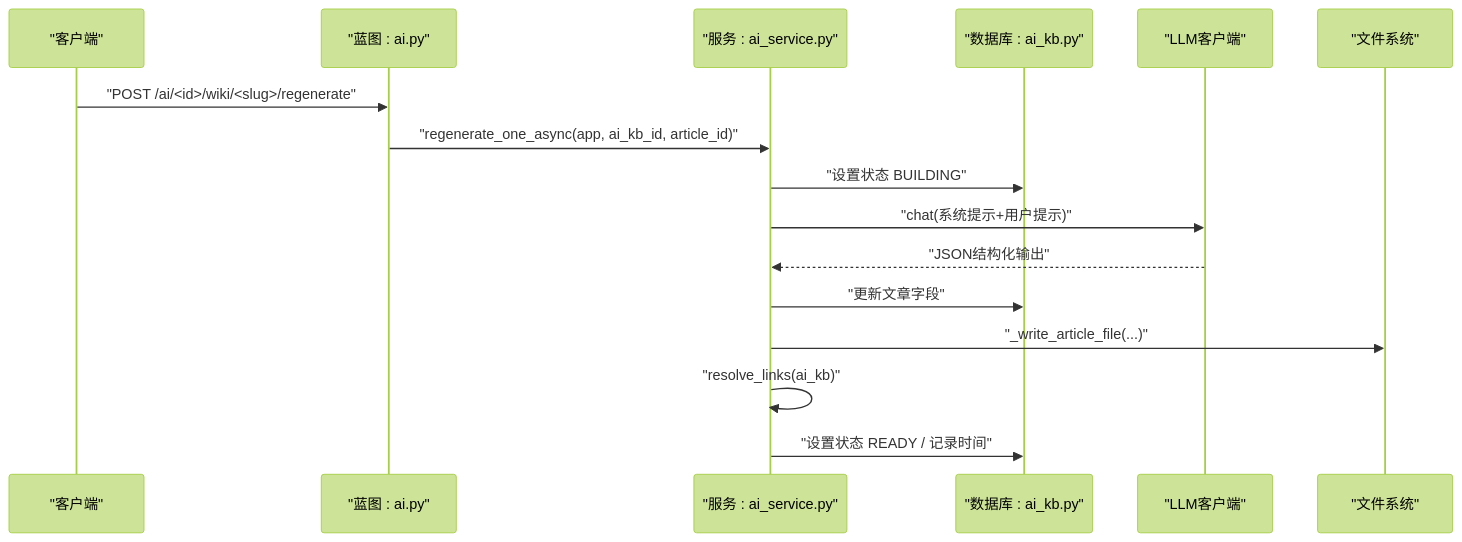
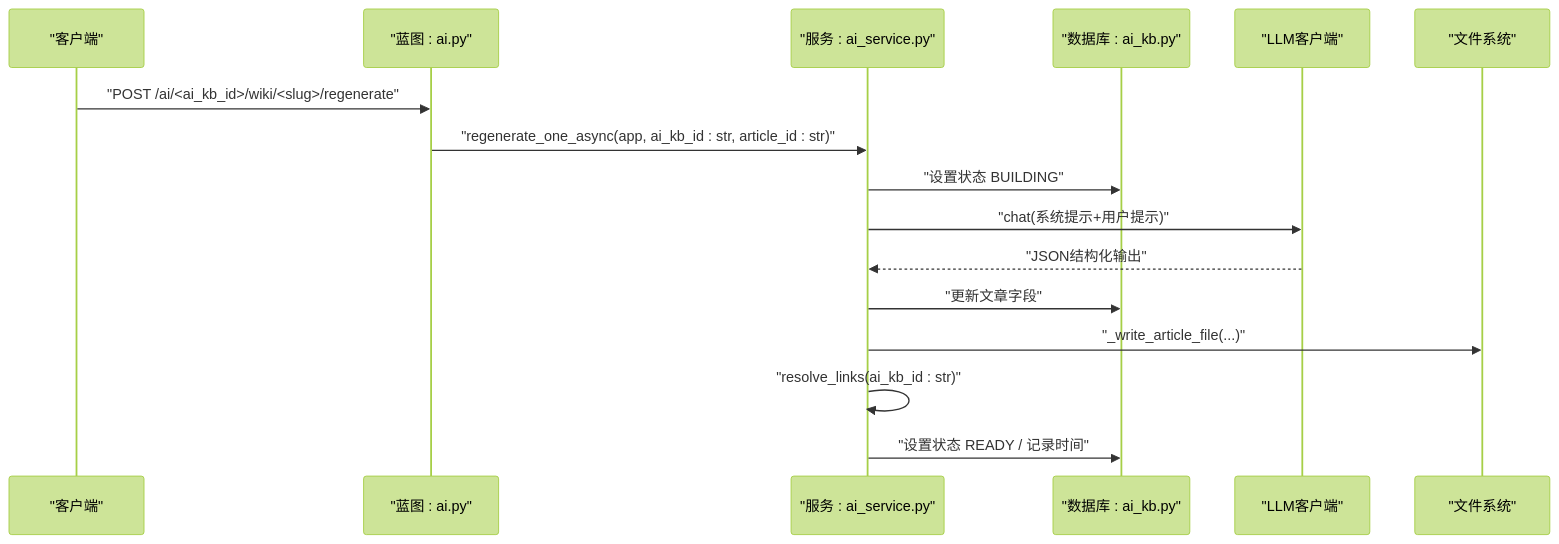
The eighth of 11 diagrams in .qoder/repowiki/zh/content/核心模块/AI知识库模块/AI知识库服务层.md (beyondalbert/my_wiki), drawn with Mermaid (forest theme) before and after one commit. The commit also changed other lines of this file and 21 other files, not shown here.

````diff
--- a/.qoder/repowiki/zh/content/核心模块/AI知识库模块/AI知识库服务层.md
+++ b/.qoder/repowiki/zh/content/核心模块/AI知识库模块/AI知识库服务层.md
@@ -295,18 +307,18 @@
 ```mermaid
 sequenceDiagram
 participant Client as "客户端"
 participant BP as "蓝图 : ai.py"
 participant Svc as "服务 : ai_service.py"
 participant DB as "数据库 : ai_kb.py"
 participant LLM as "LLM客户端"
 participant FS as "文件系统"
-Client->>BP : "POST /ai/<id>/wiki/<slug>/regenerate"
-BP->>Svc : "regenerate_one_async(app, ai_kb_id, article_id)"
+Client->>BP : "POST /ai/<ai_kb_id>/wiki/<slug>/regenerate"
+BP->>Svc : "regenerate_one_async(app, ai_kb_id : str, article_id : str)"
 Svc->>DB : "设置状态 BUILDING"
 Svc->>LLM : "chat(系统提示+用户提示)"
 LLM-->>Svc : "JSON结构化输出"
 Svc->>DB : "更新文章字段"
 Svc->>FS : "_write_article_file(...)"
-Svc->>Svc : "resolve_links(ai_kb)"
+Svc->>Svc : "resolve_links(ai_kb_id : str)"
 Svc->>DB : "设置状态 READY / 记录时间"
 ```
````
